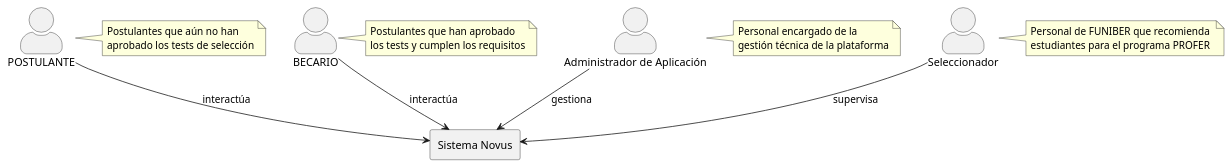
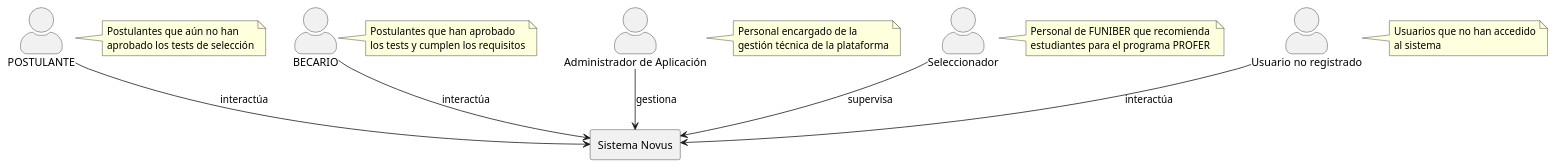
The diagram in casos_de_uso/actores/actores.puml (Dievex/24-25-IdSw1-SDR), drawn with PlantUML before and after one commit. The commit also changed 2 other files, not shown here.

Commit message:
docs(actors): add unregistered user to documentation and diagrams

```diff
--- a/casos_de_uso/actores/actores.puml
+++ b/casos_de_uso/actores/actores.puml
@@ -1,38 +1,46 @@
 @startuml Actores_Sistema_Novus
 
 skinparam actorStyle awesome
 
 actor "POSTULANTE" as NoBecario
 actor "BECARIO" as Becario
 actor "Administrador de Aplicación" as AdminApp
 actor "Seleccionador" as Seleccionador
+actor "Usuario no registrado" as NoRegistrado
 
 rectangle "Sistema Novus" {
 }
 
 NoBecario --> "Sistema Novus" : interactúa
 Becario --> "Sistema Novus" : interactúa
 AdminApp --> "Sistema Novus" : gestiona
 Seleccionador --> "Sistema Novus" : supervisa
+NoRegistrado --> "Sistema Novus" : interactúa
 
 note right of NoBecario
   Postulantes que aún no han 
   aprobado los tests de selección
 end note
 
 note right of Becario
   Postulantes que han aprobado 
   los tests y cumplen los requisitos
 end note
 
 note right of AdminApp
   Personal encargado de la 
   gestión técnica de la plataforma
 end note
 
 note right of Seleccionador
   Personal de FUNIBER que recomienda 
   estudiantes para el programa PROFER
 end note
 
+note right of NoRegistrado
+  Usuarios que no han accedido
+  al sistema
+end note
+
+
 @enduml
```
